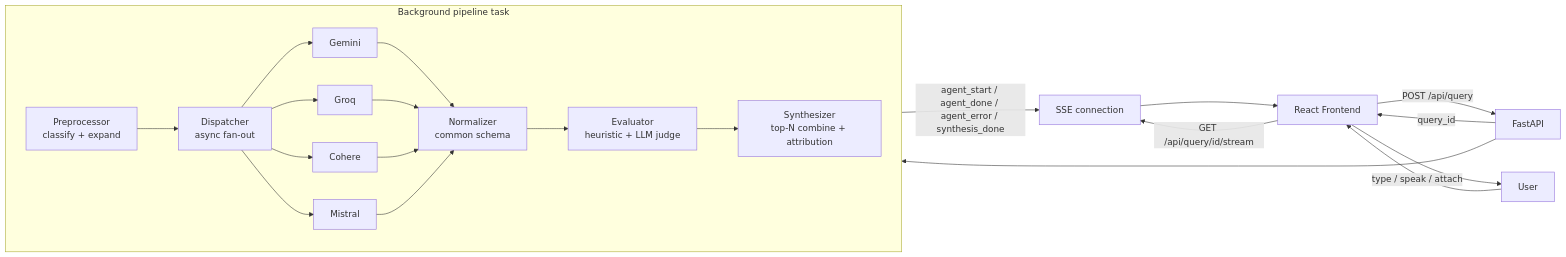
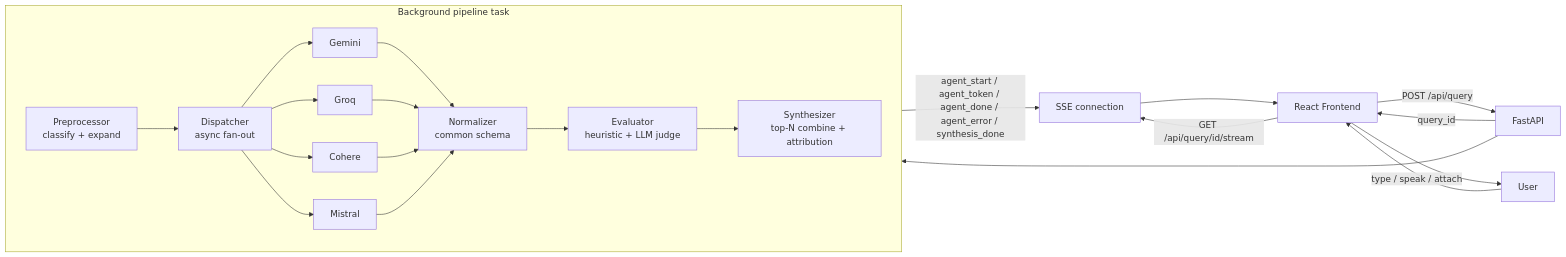
One commit to kamil-ctr/multi-agent-orchestrator changed the diagram in README.md. Above: the diagram before and after it, drawn with Mermaid. The commit also changed other lines of this file and 19 other files, not shown here.

````diff
--- a/README.md
+++ b/README.md
@@ -54,24 +54,24 @@
 ```mermaid
 flowchart LR
     U[User] -->|type / speak / attach| FE[React Frontend]
     FE -->|POST /api/query| API[FastAPI]
     API -->|query_id| FE
     FE -->|GET /api/query/id/stream| SSE[SSE connection]
 
     subgraph Pipeline["Background pipeline task"]
         direction LR
         PP[Preprocessor\nclassify + expand] --> DISP[Dispatcher\nasync fan-out]
         DISP --> A1[Gemini]
         DISP --> A2[Groq]
         DISP --> A3[Cohere]
         DISP --> A4[Mistral]
         A1 & A2 & A3 & A4 --> NORM[Normalizer\ncommon schema]
         NORM --> EVAL[Evaluator\nheuristic + LLM judge]
         EVAL --> SYNTH[Synthesizer\ntop-N combine + attribution]
     end
 
     API --> Pipeline
-    Pipeline -->|agent_start / agent_done / agent_error / synthesis_done| SSE
+    Pipeline -->|agent_start / agent_token / agent_done / agent_error / synthesis_done| SSE
     SSE --> FE
     FE --> U
 ```
````
